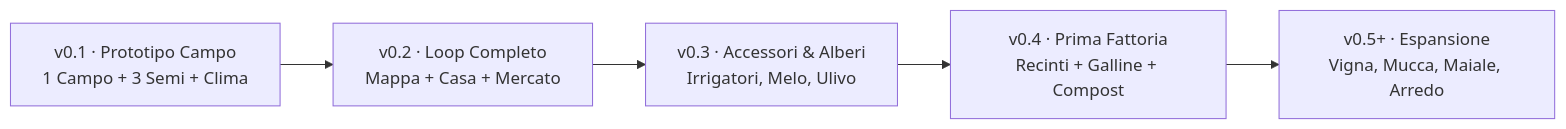
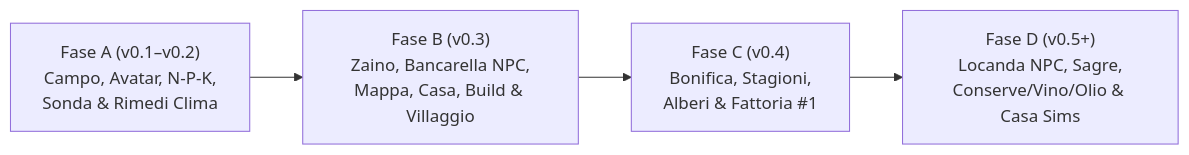
Before and after one commit to r-liciotti/Ortobio: the diagram in docs/piano_sviluppo_incrementale.md, drawn with Mermaid. The commit also changed other lines of this file and 1 other file, not shown here.

Commit message:
docs: rewrite roadmap into micro-milestones aligned with final gameplay design

````diff
--- a/docs/piano_sviluppo_incrementale.md
+++ b/docs/piano_sviluppo_incrementale.md
@@ -9,7 +5,6 @@
 ```mermaid
 flowchart LR
-    M1["v0.1 · Prototipo Campo<br/>1 Campo + 3 Semi + Clima"] --> M2["v0.2 · Loop Completo<br/>Mappa + Casa + Mercato"]
-    M2 --> M3["v0.3 · Accessori & Alberi<br/>Irrigatori, Melo, Ulivo"]
-    M3 --> M4["v0.4 · Prima Fattoria<br/>Recinti + Galline + Compost"]
-    M4 --> M5["v0.5+ · Espansione<br/>Vigna, Mucca, Maiale, Arredo"]
+    A["Fase A (v0.1–v0.2)<br/>Campo, Avatar, N-P-K,<br/>Sonda & Rimedi Clima"] --> B["Fase B (v0.3)<br/>Zaino, Bancarella NPC,<br/>Mappa, Casa, Build & Villaggio"]
+    B --> C["Fase C (v0.4)<br/>Bonifica, Stagioni,<br/>Alberi & Fattoria #1"]
+    C --> D["Fase D (v0.5+)<br/>Locanda NPC, Sagre,<br/>Conserve/Vino/Olio & Casa Sims"]
 ```
````
